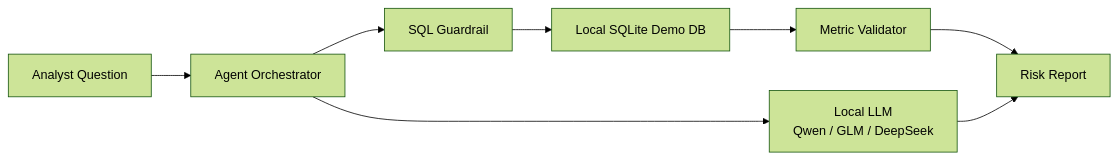
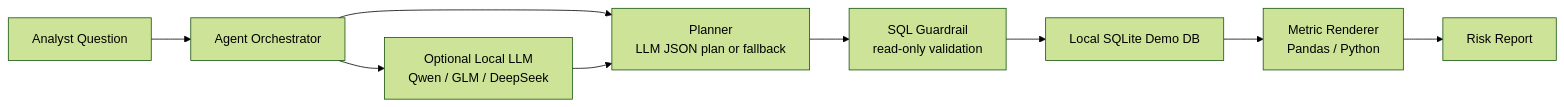
Before and after one commit to GokuuQ/finrisk-agent-cn-demo: the diagram in README.md, drawn with Mermaid (forest theme). The commit also changed other lines of this file and 3 other files, not shown here.

````diff
--- a/README.md
+++ b/README.md
@@ -19,10 +37,11 @@
 ```mermaid
 flowchart LR
     User["Analyst Question"] --> Agent["Agent Orchestrator"]
-    Agent --> LLM["Local LLM<br/>Qwen / GLM / DeepSeek"]
-    Agent --> Guard["SQL Guardrail"]
+    Agent --> Planner["Planner<br/>LLM JSON plan or fallback"]
+    Planner --> Guard["SQL Guardrail<br/>read-only validation"]
     Guard --> DB["Local SQLite Demo DB"]
-    DB --> Metrics["Metric Validator"]
-    Metrics --> Report["Risk Report"]
-    LLM --> Report
+    DB --> Validator["Metric Renderer<br/>Pandas / Python"]
+    Validator --> Report["Risk Report"]
+    Agent --> LLM["Optional Local LLM<br/>Qwen / GLM / DeepSeek"]
+    LLM --> Planner
 ```
````
